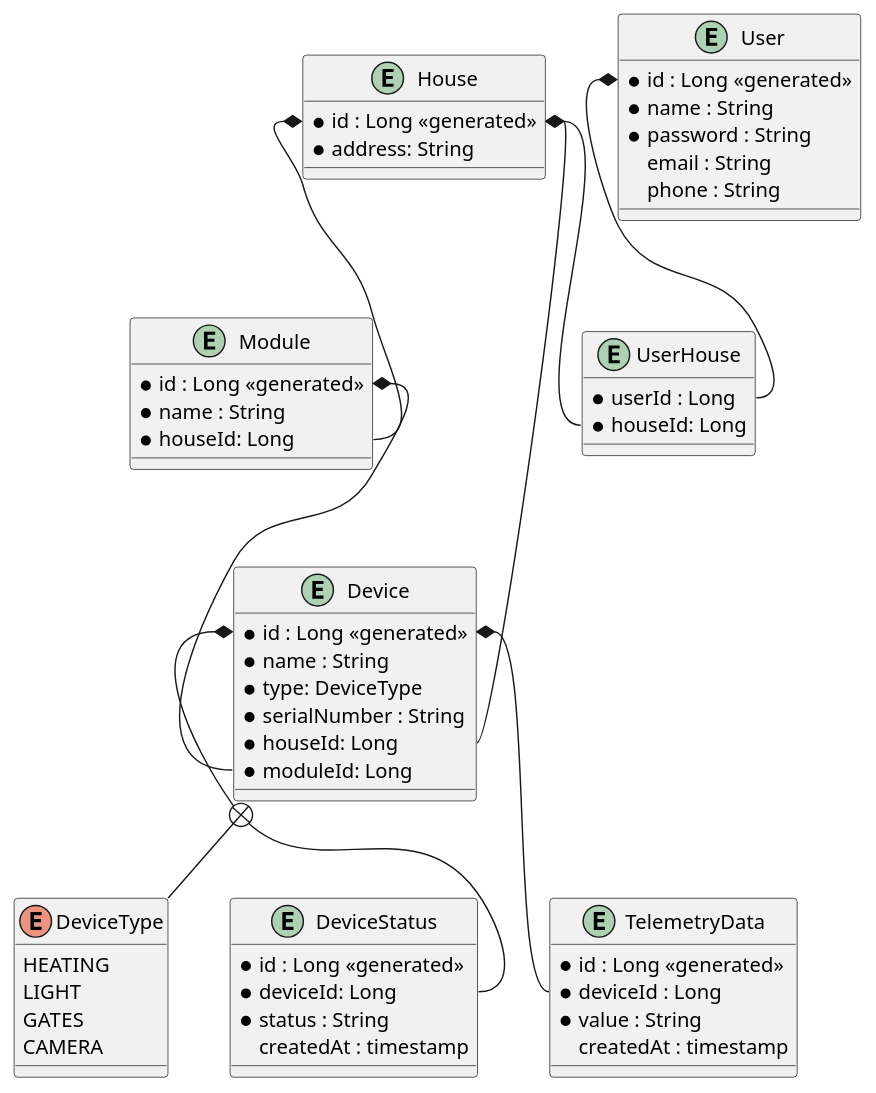
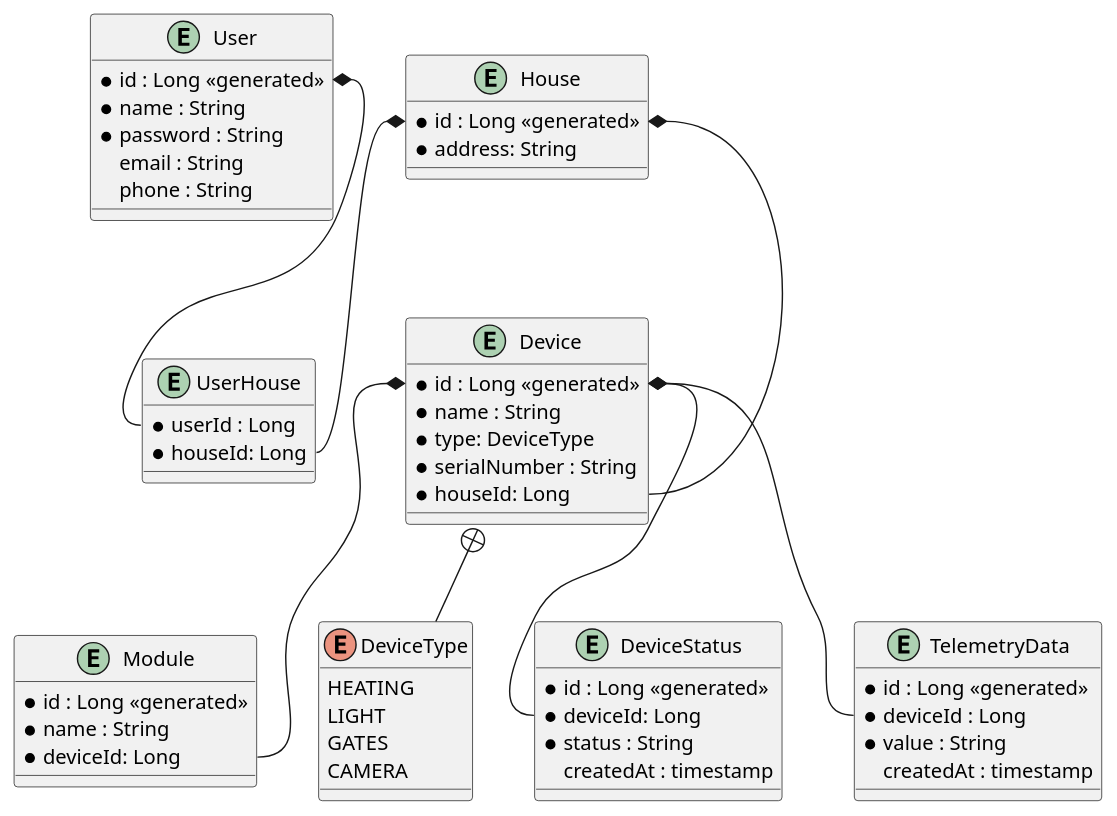
One commit to MarieSpring/architecture-sprint-3 changed the diagram in docs/task3/ER.puml. Above: the diagram before and after it, drawn with PlantUML. The commit also changed 2 other files, not shown here.

```diff
--- a/docs/task3/ER.puml
+++ b/docs/task3/ER.puml
@@ -2,70 +2,67 @@
 @startuml
 
 entity "Module" as module {
     *id : Long <<generated>>
-    *name : String     
-    *houseId: Long   
+    *name : String       
+    *deviceId: Long 
 }
 
 entity "User" as user {
     *id : Long <<generated>>
     *name : String
     *password : String
     email : String
     phone : String
 }
 
 entity "House" as house {
     *id : Long <<generated>>
     *address: String
 }
 
 entity "UserHouse" as uh {
     *userId : Long  
     *houseId: Long  
 }
 
 entity "Device" as device {
     * id : Long <<generated>>
     *name : String   
     *type: DeviceType
     *serialNumber : String
-    *houseId: Long
-    *moduleId: Long 
+    *houseId: Long    
 }
 
 enum DeviceType {
   HEATING
   LIGHT
   GATES
   CAMERA
 }
 
 entity "DeviceStatus" as deviceStatus {
     *id : Long <<generated>>
     *deviceId: Long
     *status : String
     createdAt : timestamp
 }
 
 entity "TelemetryData" as telemetryData {
     *id : Long <<generated>>
     *deviceId : Long
     *value : String
     createdAt : timestamp
 }
 
 user::id *-- uh::userId
 house::id *-- uh::houseId
 
 house::id *-- device::houseId
 
 device::id *-- deviceStatus::deviceId
 device::id *-- telemetryData::deviceId
-
-house::id *-- module::houseId
-module::id *-- device::moduleId
+device::id *-- module::deviceId
 
 device +-- DeviceType
 
 @enduml
```
